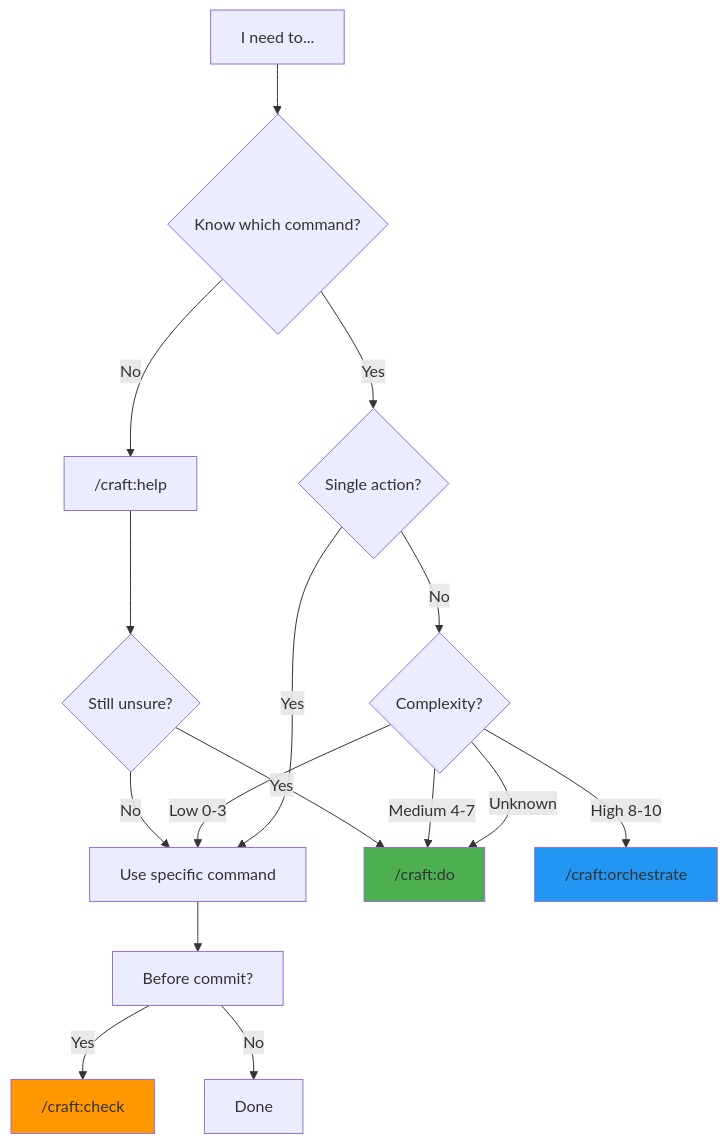
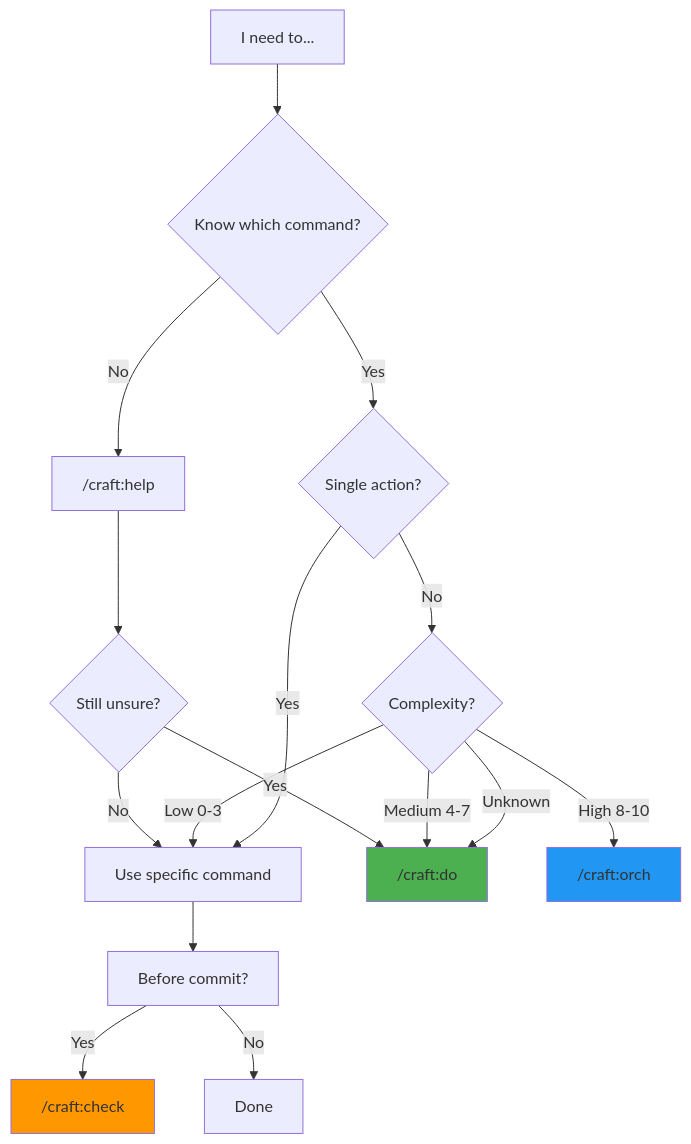
One commit to Data-Wise/craft changed the diagram in docs/commands/smart.md. Above: the diagram before and after it, drawn with Mermaid. The commit also changed other lines of this file and 98 other files, not shown here.

````diff
--- a/docs/commands/smart.md
+++ b/docs/commands/smart.md
@@ -497,24 +497,24 @@
 ```mermaid
 flowchart TD
     A[I need to...] --> B{Know which command?}
     B -->|No| C["/craft:help"]
     B -->|Yes| D{Single action?}
     D -->|Yes| E[Use specific command]
     D -->|No| F{Complexity?}
     F -->|Unknown| G["/craft:do"]
-    F -->|High 8-10| H["/craft:orchestrate"]
+    F -->|High 8-10| H["/craft:orch"]
     F -->|Medium 4-7| G
     F -->|Low 0-3| E
 
     C --> I{Still unsure?}
     I -->|Yes| G
     I -->|No| E
 
     E --> J[Before commit?]
     J -->|Yes| K["/craft:check"]
     J -->|No| L[Done]
 
     style G fill:#4CAF50
     style H fill:#2196F3
     style K fill:#FF9800
 ```
````
